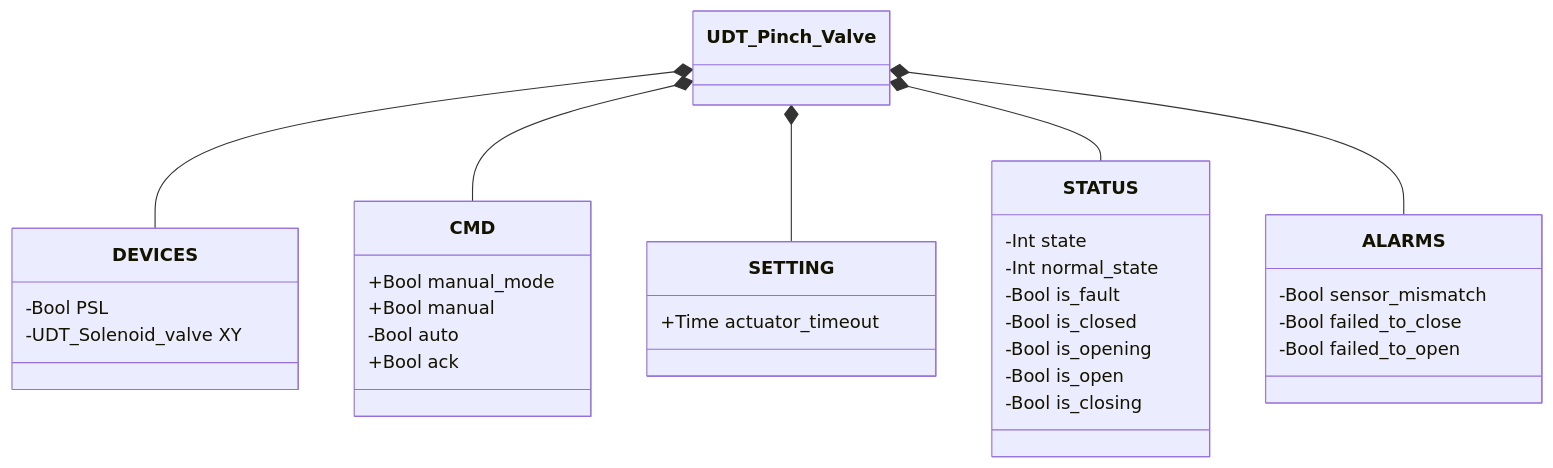
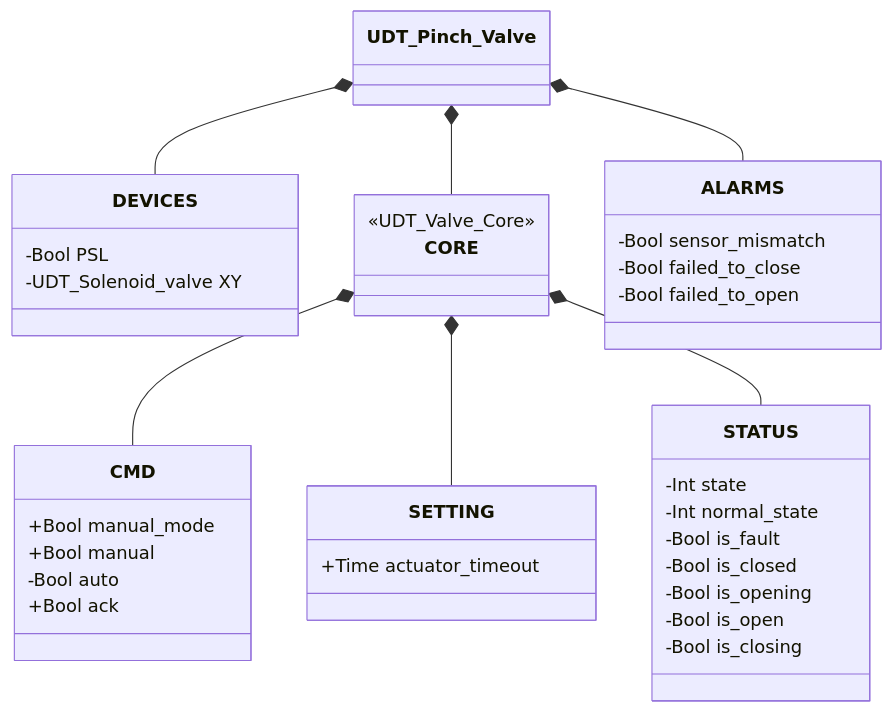
The first of 2 diagrams in docs/en/library/valves/pinch/index.md (AleFire99/TIA_knowledge), drawn with Mermaid before and after one commit. The commit also changed other lines of this file and 153 other files, not shown here.

````diff
--- a/docs/en/library/valves/pinch/index.md
+++ b/docs/en/library/valves/pinch/index.md
@@ -21,36 +21,40 @@
 ```mermaid
 classDiagram
     class UDT_Pinch_Valve
     class DEVICES {
         -Bool PSL
         -UDT_Solenoid_valve XY
+    }
+    class CORE {
+        <<UDT_Valve_Core>>
     }
     class CMD {
         +Bool manual_mode
         +Bool manual
         -Bool auto
         +Bool ack
     }
     class SETTING {
         +Time actuator_timeout
     }
     class STATUS {
         -Int state
         -Int normal_state
         -Bool is_fault
         -Bool is_closed
         -Bool is_opening
         -Bool is_open
         -Bool is_closing
     }
     class ALARMS {
         -Bool sensor_mismatch
         -Bool failed_to_close
         -Bool failed_to_open
     }
     UDT_Pinch_Valve *-- DEVICES
-    UDT_Pinch_Valve *-- CMD
-    UDT_Pinch_Valve *-- SETTING
-    UDT_Pinch_Valve *-- STATUS
+    UDT_Pinch_Valve *-- CORE
     UDT_Pinch_Valve *-- ALARMS
+    CORE *-- CMD
+    CORE *-- SETTING
+    CORE *-- STATUS
 ```
````
